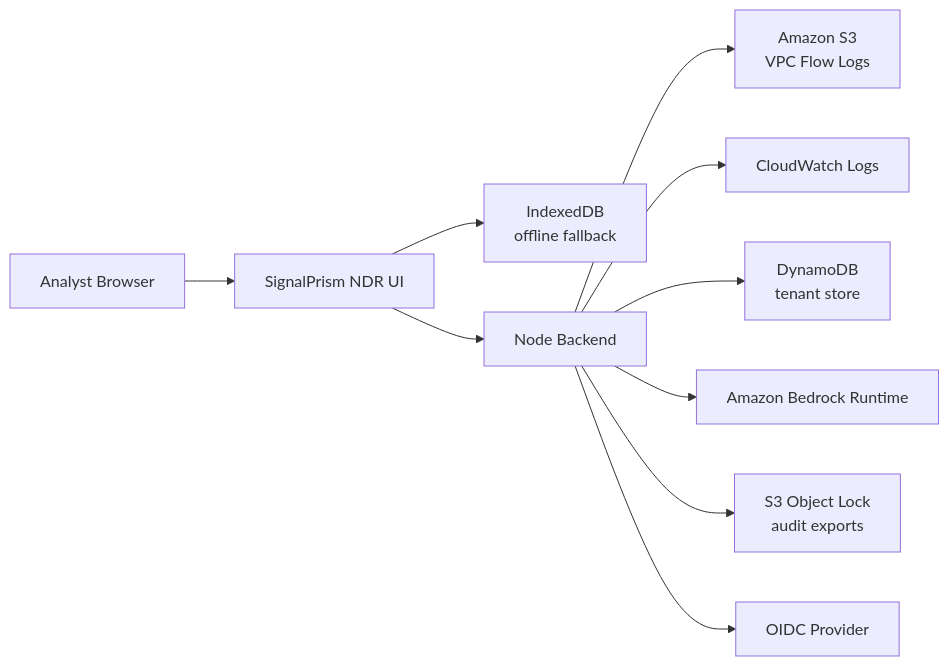
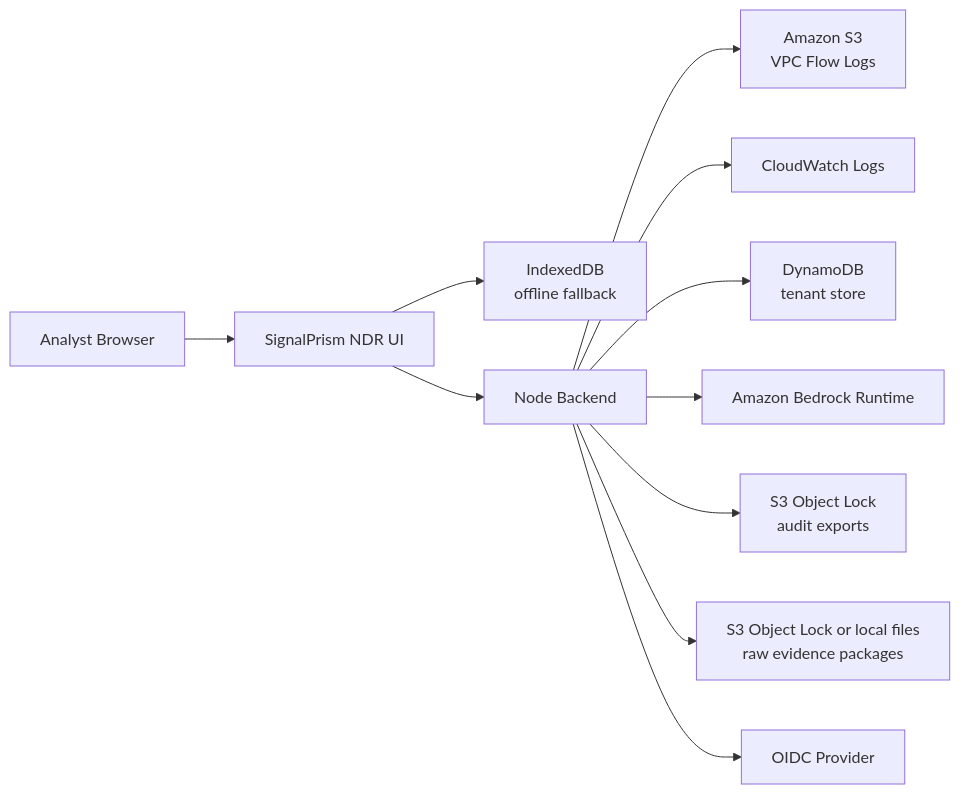
One commit to jaysonguglietta/SignalPrismNDR changed the first of 2 diagrams in docs/ARCHITECTURE.md. Above: the diagram before and after it, drawn with Mermaid. The commit also changed other lines of this file and 26 other files, not shown here.

````diff
--- a/docs/ARCHITECTURE.md
+++ b/docs/ARCHITECTURE.md
@@ -7,12 +7,13 @@
 ```mermaid
 flowchart LR
   Analyst["Analyst Browser"] --> UI["SignalPrism NDR UI"]
   UI --> IDB["IndexedDB<br>offline fallback"]
   UI --> API["Node Backend"]
   API --> S3["Amazon S3<br>VPC Flow Logs"]
   API --> CW["CloudWatch Logs"]
   API --> DDB["DynamoDB<br>tenant store"]
   API --> BR["Amazon Bedrock Runtime"]
   API --> Audit["S3 Object Lock<br>audit exports"]
+  API --> Evidence["S3 Object Lock or local files<br>raw evidence packages"]
   API --> OIDC["OIDC Provider"]
 ```
````
